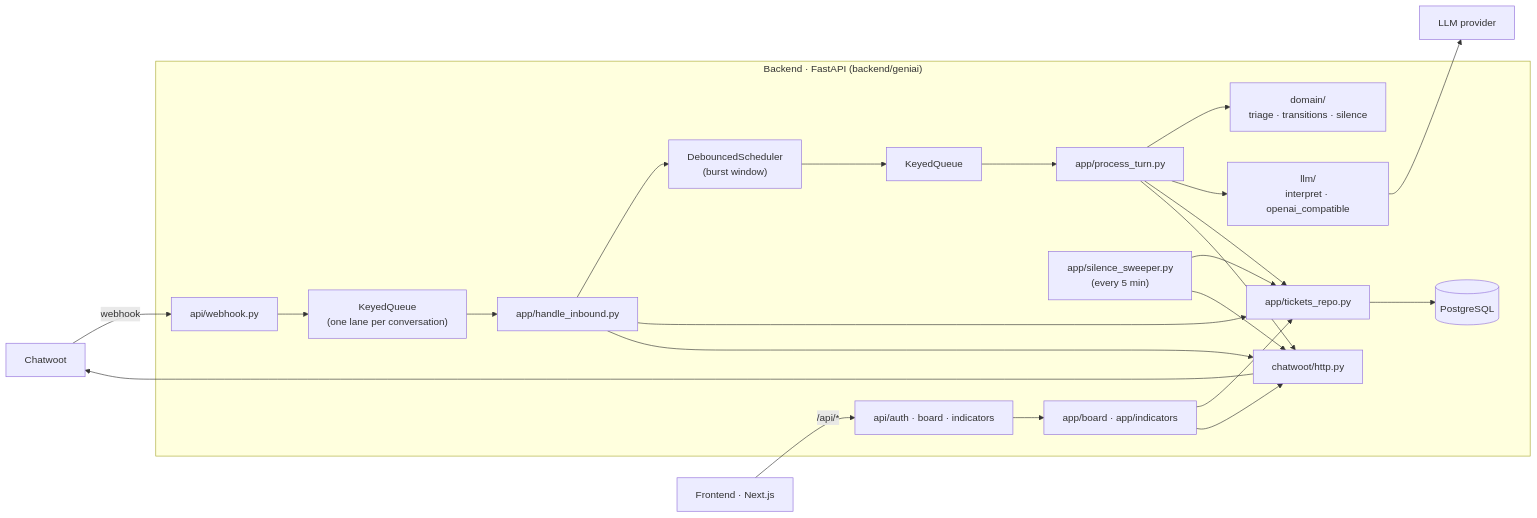
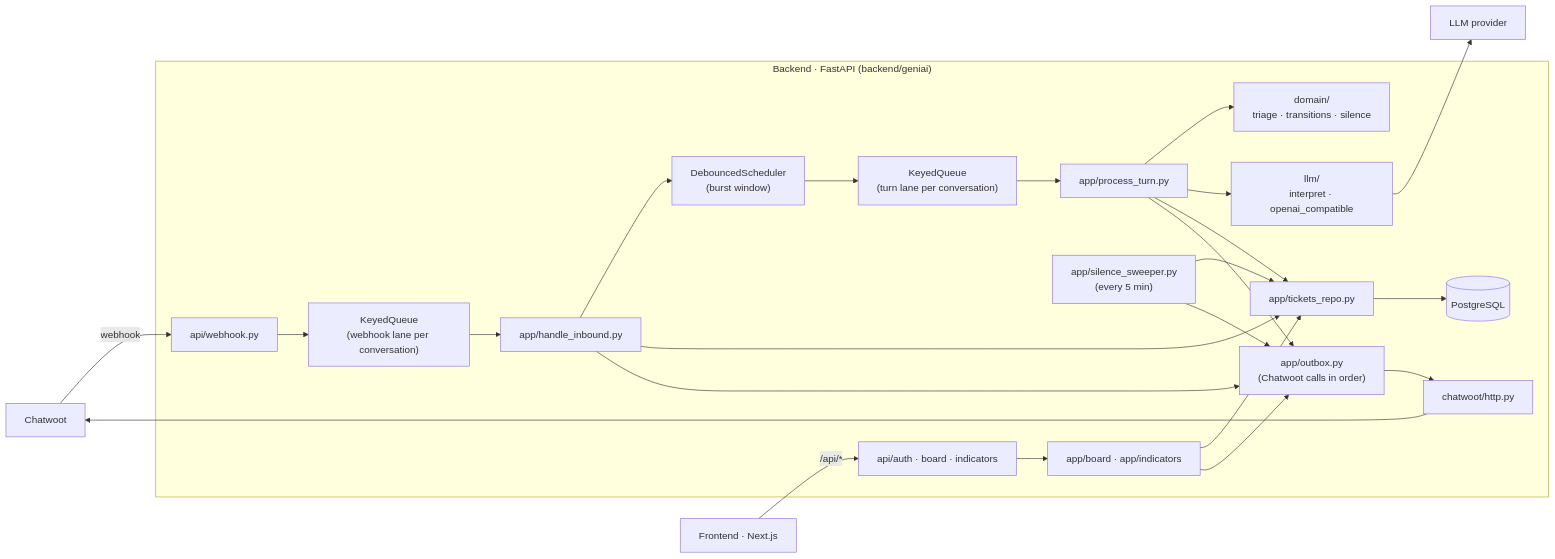
The first of 2 diagrams in docs/architecture.md (cauedev30/chatbot-atendimento-geniai), drawn with Mermaid before and after one commit. The commit also changed other lines of this file and 19 other files, not shown here.

First line of the commit message:
fix(backend): answer webhooks without waiting for the turn or Chatwoot

````diff
--- a/docs/architecture.md
+++ b/docs/architecture.md
@@ -10,19 +10,19 @@
 ```mermaid
 flowchart LR
     CW["Chatwoot"] -- "webhook" --> WH
     subgraph BE["Backend · FastAPI (backend/geniai)"]
-        WH["api/webhook.py"] --> Q["KeyedQueue<br/>(one lane per conversation)"]
+        WH["api/webhook.py"] --> Q["KeyedQueue<br/>(webhook lane per conversation)"]
         Q --> IN["app/handle_inbound.py"]
         IN --> SCH["DebouncedScheduler<br/>(burst window)"]
-        SCH --> Q2["KeyedQueue"] --> TURN["app/process_turn.py"]
+        SCH --> Q2["KeyedQueue<br/>(turn lane per conversation)"] --> TURN["app/process_turn.py"]
         TURN --> DOM["domain/<br/>triage · transitions · silence"]
         TURN --> LLMA["llm/<br/>interpret · openai_compatible"]
         SW["app/silence_sweeper.py<br/>(every 5 min)"]
         API["api/auth · board · indicators"] --> USE["app/board · app/indicators"]
         IN & TURN & SW & USE --> REPO["app/tickets_repo.py"] --> DB[("PostgreSQL")]
-        IN & TURN & SW & USE --> CWC["chatwoot/http.py"]
+        IN & TURN & SW & USE --> OB["app/outbox.py<br/>(Chatwoot calls in order)"] --> CWC["chatwoot/http.py"]
     end
     CWC --> CW
     LLMA --> LLM["LLM provider"]
     FE["Frontend · Next.js"] -- "/api/*" --> API
 ```
````
